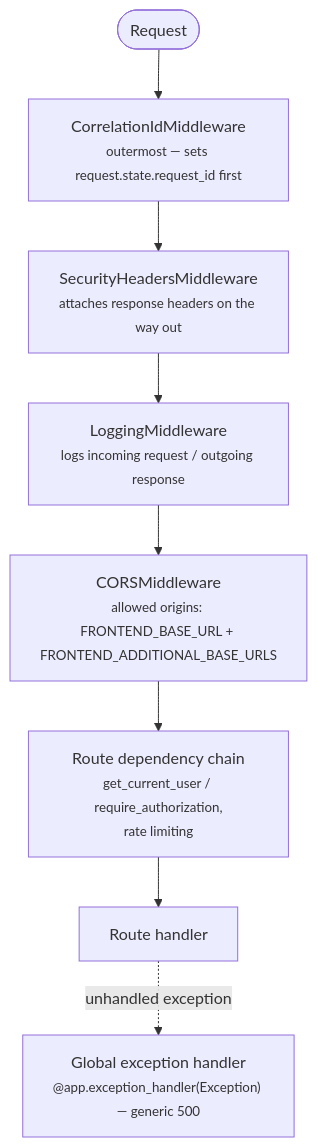
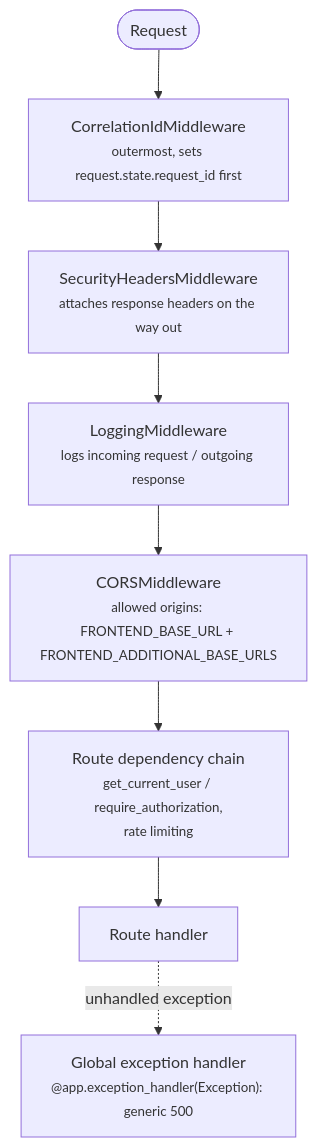
Before and after one commit to Nachiket-2024/mystic-auth: the diagram in docs/mystic_auth/architecture/backend.md, drawn with Mermaid. The commit also changed other lines of this file and 310 other files, not shown here.

````diff
--- a/docs/mystic_auth/architecture/backend.md
+++ b/docs/mystic_auth/architecture/backend.md
@@ -30,14 +30,14 @@
 ```mermaid
 flowchart TD
     Request(["Request"])
-    Correlation["CorrelationIdMiddleware<br/><small>outermost — sets request.state.request_id first</small>"]
+    Correlation["CorrelationIdMiddleware<br/><small>outermost, sets request.state.request_id first</small>"]
     Security["SecurityHeadersMiddleware<br/><small>attaches response headers on the way out</small>"]
     Logging["LoggingMiddleware<br/><small>logs incoming request / outgoing response</small>"]
     Cors["CORSMiddleware<br/><small>allowed origins: FRONTEND_BASE_URL + FRONTEND_ADDITIONAL_BASE_URLS</small>"]
     Deps["Route dependency chain<br/><small>get_current_user / require_authorization,<br/>rate limiting</small>"]
     Handler["Route handler"]
-    Error["Global exception handler<br/><small>@app.exception_handler(Exception) — generic 500</small>"]
+    Error["Global exception handler<br/><small>@app.exception_handler(Exception): generic 500</small>"]
 
     Request --> Correlation --> Security --> Logging --> Cors --> Deps --> Handler
     Handler -. "unhandled exception" .-> Error
 ```
````
